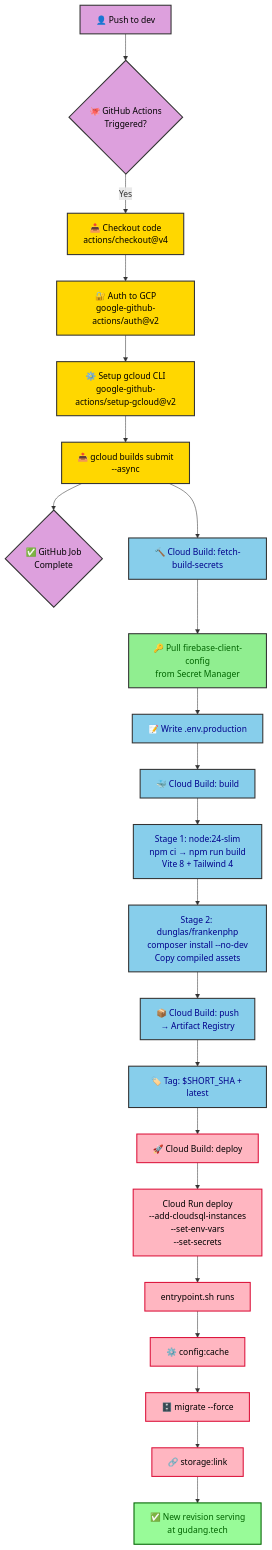
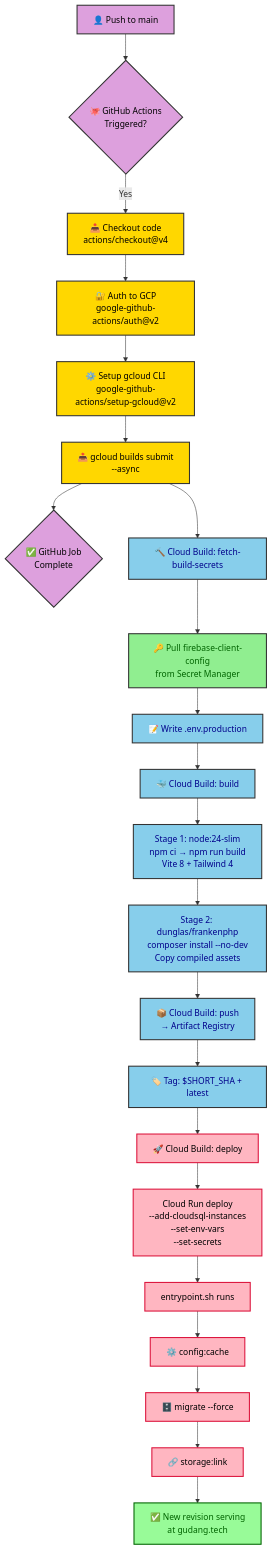
One commit to titorpw/Manajemen-Gudang-Cloud changed the second of 3 diagrams in docs/cicd-pipeline.md. Above: the diagram before and after it, drawn with Mermaid. The commit also changed other lines of this file and 1 other file, not shown here.

Commit message:
fix: change deploy trigger at main push

````diff
--- a/docs/cicd-pipeline.md
+++ b/docs/cicd-pipeline.md
@@ -50,43 +50,43 @@
 ```mermaid
 flowchart TD
-    A[👤 Push to dev] --> B{🐙 GitHub Actions<br/>Triggered?}
+    A[👤 Push to main] --> B{🐙 GitHub Actions<br/>Triggered?}
     B -->|Yes| C[📥 Checkout code<br/>actions/checkout@v4]
     C --> D[🔐 Auth to GCP<br/>google-github-actions/auth@v2]
     D --> E[⚙️ Setup gcloud CLI<br/>google-github-actions/setup-gcloud@v2]
     E --> F[📤 gcloud builds submit<br/>--async]
     F --> G{✅ GitHub Job<br/>Complete}
 
     F --> H[🔨 Cloud Build: fetch-build-secrets]
     H --> I[🔑 Pull firebase-client-config<br/>from Secret Manager]
     I --> J[📝 Write .env.production]
 
     J --> K[🐳 Cloud Build: build]
     K --> L[Stage 1: node:24-slim<br/>npm ci → npm run build<br/>Vite 8 + Tailwind 4]
     L --> M[Stage 2: dunglas/frankenphp<br/>composer install --no-dev<br/>Copy compiled assets]
 
     M --> N[📦 Cloud Build: push<br/>→ Artifact Registry]
     N --> O[🏷️ Tag: $SHORT_SHA + latest]
 
     O --> P[🚀 Cloud Build: deploy]
     P --> Q[Cloud Run deploy<br/>--add-cloudsql-instances<br/>--set-env-vars<br/>--set-secrets]
     Q --> R[entrypoint.sh runs]
 
     R --> S[⚙️ config:cache]
     S --> T[🗄️ migrate --force]
     T --> U[🔗 storage:link]
     U --> V[✅ New revision serving<br/>at gudang.tech]
 
     classDef trigger fill:#DDA0DD,stroke:#333,stroke-width:2px,color:black
     classDef gha fill:#FFD700,stroke:#333,stroke-width:2px,color:black
     classDef build fill:#87CEEB,stroke:#333,stroke-width:2px,color:darkblue
     classDef secrets fill:#90EE90,stroke:#333,stroke-width:2px,color:darkgreen
     classDef deploy fill:#FFB6C1,stroke:#DC143C,stroke-width:2px,color:black
     classDef done fill:#98FB98,stroke:#006400,stroke-width:2px,color:darkgreen
 
     class A,B,G trigger
     class C,D,E,F gha
     class H,J,K,L,M,N,O build
     class I secrets
     class P,Q,R,S,T,U deploy
     class V done
 ```
````
